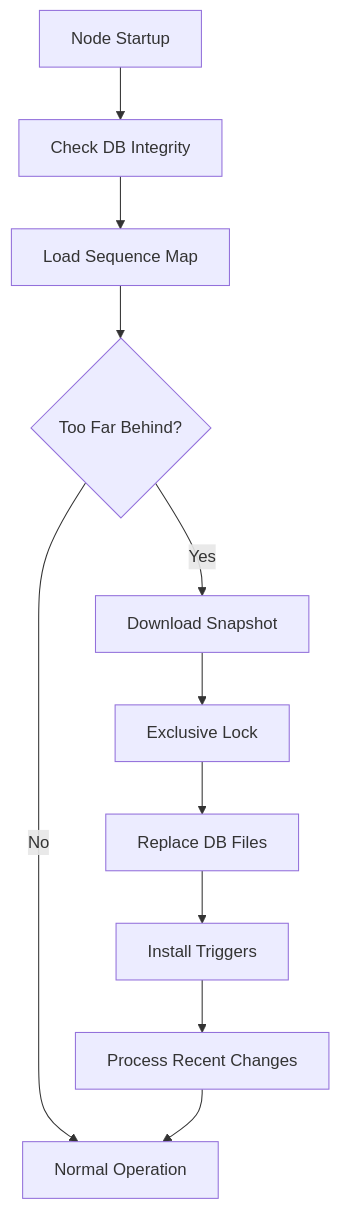
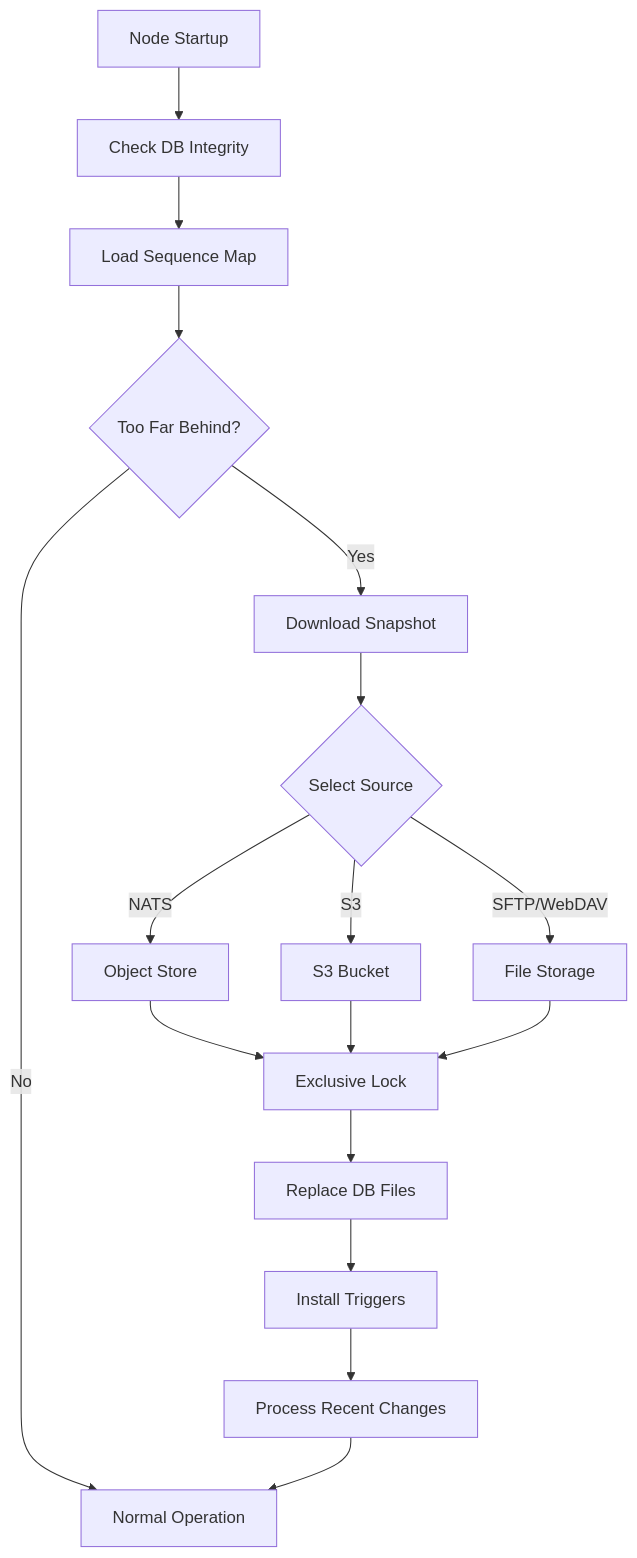
Before and after one commit to wongfei2009/harmonylite: the seventh of 7 diagrams in docs/docs/architecture.md, drawn with Mermaid. The commit also changed other lines of this file, not shown here.

Commit message:
docs: improve architecture diagrams

````diff
--- a/docs/docs/architecture.md
+++ b/docs/docs/architecture.md
@@ -221,13 +303,22 @@
 ```mermaid
 graph TB
     I[Node Startup] --> J[Check DB Integrity]
     J --> K[Load Sequence Map]
     K --> L{Too Far Behind?}
+    L -->|No| R[Normal Operation]
     L -->|Yes| M[Download Snapshot]
-    L -->|No| R[Normal Operation]
-    M --> N[Exclusive Lock]
-    N --> O[Replace DB Files]
+    
+    M --> Source{Select Source}
+    Source -->|NATS| Obj[Object Store]
+    Source -->|S3| S3[S3 Bucket]
+    Source -->|SFTP/WebDAV| File[File Storage]
+    
+    Obj --> N
+    S3 --> N
+    File --> N
+    
+    N[Exclusive Lock] --> O[Replace DB Files]
     O --> P[Install Triggers]
     P --> Q[Process Recent Changes]
     Q --> R
 ```
````
